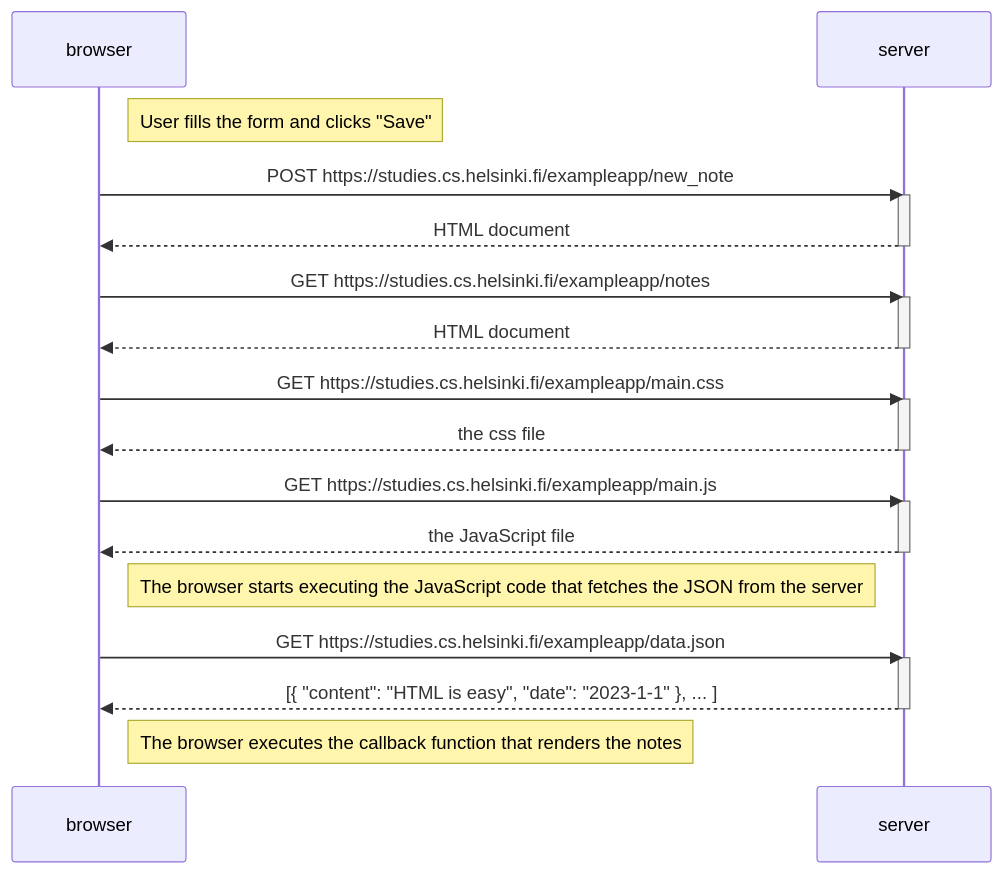
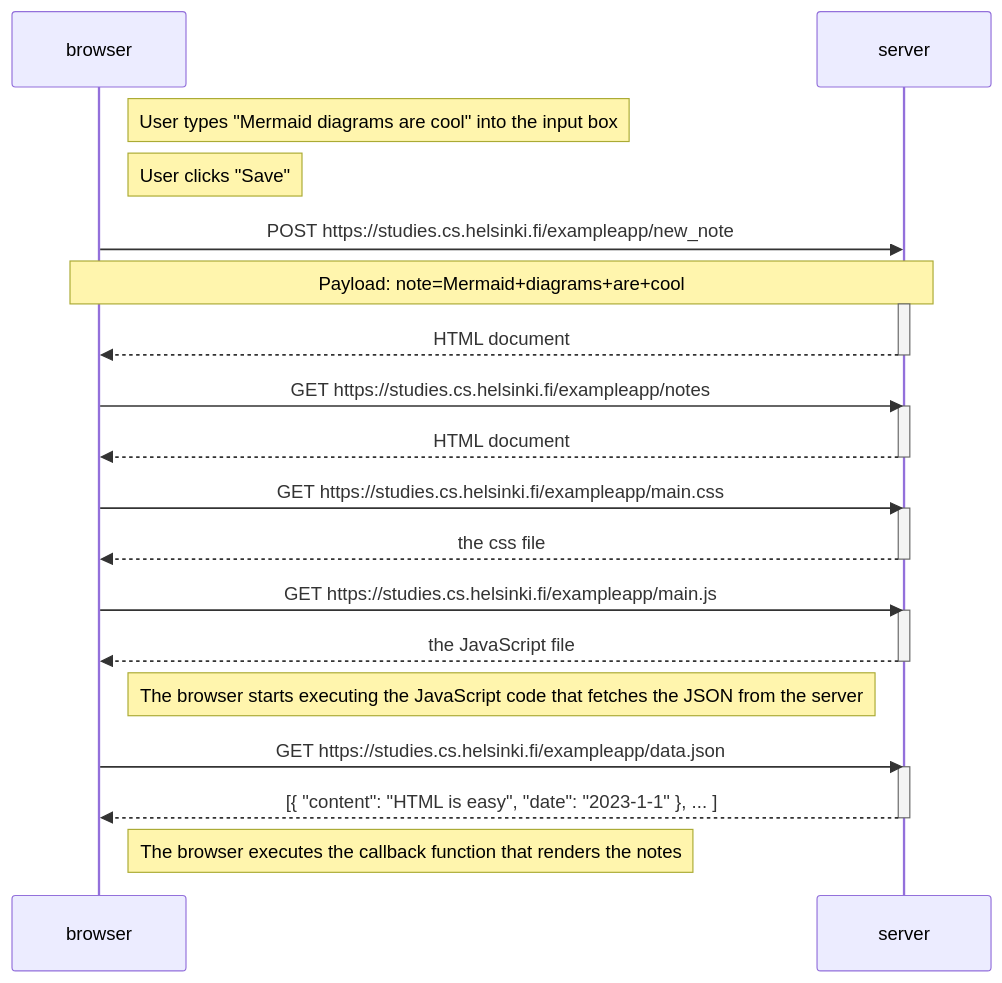
One commit to edgarMay/Part0 changed the diagram in 0.4.NewNotes.md. Above: the diagram before and after it, drawn with Mermaid.

````diff
--- a/0.4.NewNotes.md
+++ b/0.4.NewNotes.md
@@ -1,37 +1,39 @@
 ```mermaid
 sequenceDiagram
     participant browser
     participant server
 
-    Note right of browser: User fills the form and clicks "Save"
+    Note right of browser: User types "Mermaid diagrams are cool" into the input box
+    Note right of browser: User clicks "Save"
 
     browser->>server: POST https://studies.cs.helsinki.fi/exampleapp/new_note
+    Note over browser,server: Payload: note=Mermaid+diagrams+are+cool
     activate server
     server-->>browser: HTML document
     deactivate server
 
     browser->>server: GET https://studies.cs.helsinki.fi/exampleapp/notes
     activate server
     server-->>browser: HTML document
     deactivate server
 
     browser->>server: GET https://studies.cs.helsinki.fi/exampleapp/main.css
     activate server
     server-->>browser: the css file
     deactivate server
 
     browser->>server: GET https://studies.cs.helsinki.fi/exampleapp/main.js
     activate server
     server-->>browser: the JavaScript file
     deactivate server
 
     Note right of browser: The browser starts executing the JavaScript code that fetches the JSON from the server
 
     browser->>server: GET https://studies.cs.helsinki.fi/exampleapp/data.json
     activate server
     server-->>browser: [{ "content": "HTML is easy", "date": "2023-1-1" }, ... ]
     deactivate server
 
     Note right of browser: The browser executes the callback function that renders the notes
 
 ```
````
